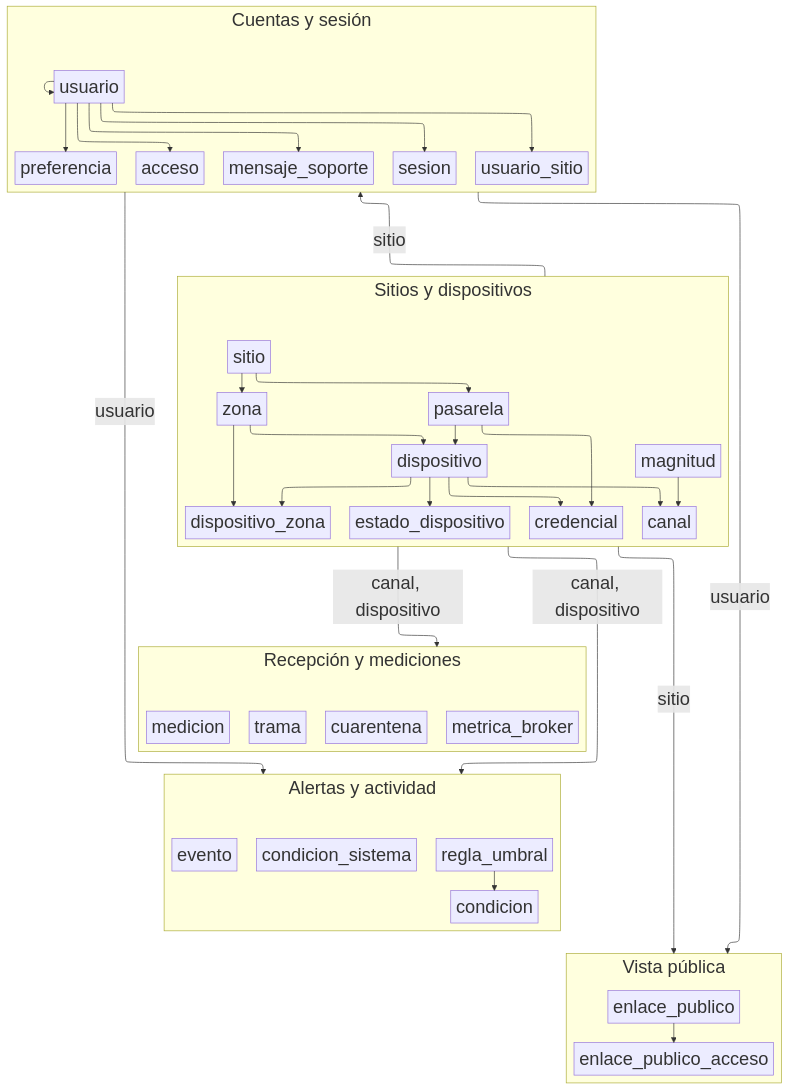
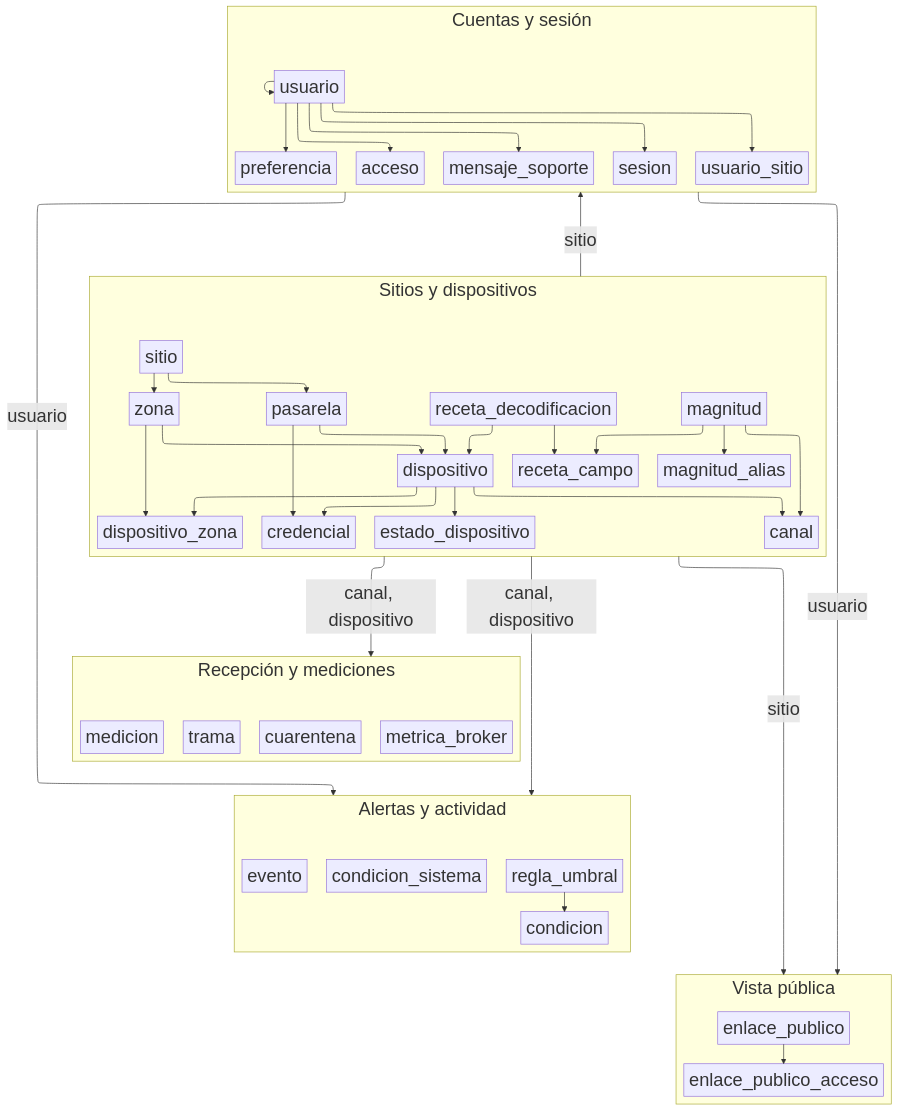
One commit to vicenterami/tesis changed the diagram in informe-oficial/figuras/mermaid/dominios.mmd. Above: the diagram before and after it, drawn with Mermaid. The commit also changed 36 other files, not shown here.

```diff
--- a/informe-oficial/figuras/mermaid/dominios.mmd
+++ b/informe-oficial/figuras/mermaid/dominios.mmd
@@ -1,72 +1,79 @@
 ---
 config:
   layout: elk
   elk:
     mergeEdges: false
 ---
 %%{init: {"themeVariables": {"fontSize": "28px"}, "flowchart": {"nodeSpacing": 14, "rankSpacing": 30, "padding": 4}}}%%
 flowchart TB
     subgraph D0["Cuentas y sesión"]
         usuario
         usuario_sitio
         mensaje_soporte
         sesion
         acceso
         preferencia
     end
     subgraph D1["Sitios y dispositivos"]
         sitio
         zona
         pasarela
         dispositivo
         dispositivo_zona
         estado_dispositivo
         credencial
         canal
         magnitud
+        magnitud_alias
+        receta_decodificacion
+        receta_campo
     end
     subgraph D2["Recepción y mediciones"]
         trama
         cuarentena
         medicion
         metrica_broker
     end
     subgraph D3["Alertas y actividad"]
         regla_umbral
         condicion
         condicion_sistema
         evento
     end
     subgraph D4["Vista pública"]
         enlace_publico
         enlace_publico_acceso
     end
     dispositivo --> canal
     dispositivo --> credencial
     dispositivo --> dispositivo_zona
     dispositivo --> estado_dispositivo
     enlace_publico --> enlace_publico_acceso
     magnitud --> canal
+    magnitud --> magnitud_alias
+    magnitud --> receta_campo
     pasarela --> credencial
     pasarela --> dispositivo
+    receta_decodificacion --> dispositivo
+    receta_decodificacion --> receta_campo
     regla_umbral --> condicion
     sitio --> pasarela
     sitio --> zona
     usuario --> acceso
     usuario --> mensaje_soporte
     usuario --> preferencia
     usuario --> sesion
     usuario --> usuario
     usuario --> usuario_sitio
     zona --> dispositivo
     zona --> dispositivo_zona
     D1 -- "canal, dispositivo" --> D2
     D1 -- "canal, dispositivo" --> D3
     D1 -- "sitio" --> D4
     D1 -- "sitio" --> D0
     D0 -- "usuario" --> D4
     D0 -- "usuario" --> D3
     D0 ~~~ D1
     D1 ~~~ D2
     D2 ~~~ D3
     D3 ~~~ D4
```
